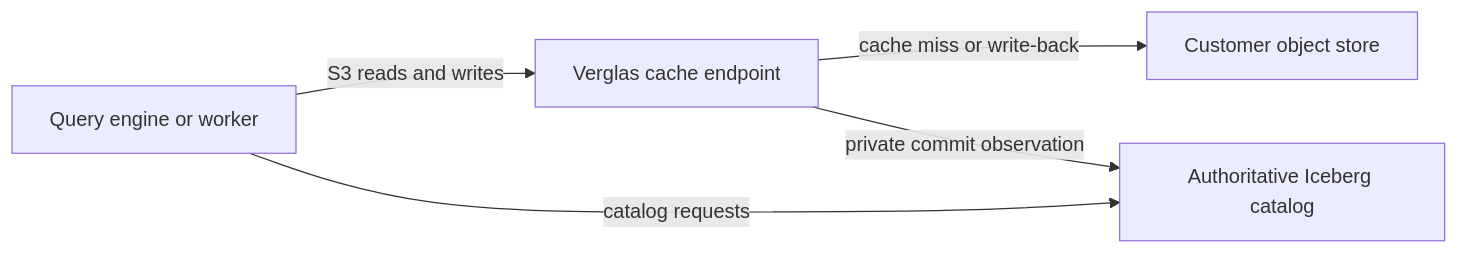
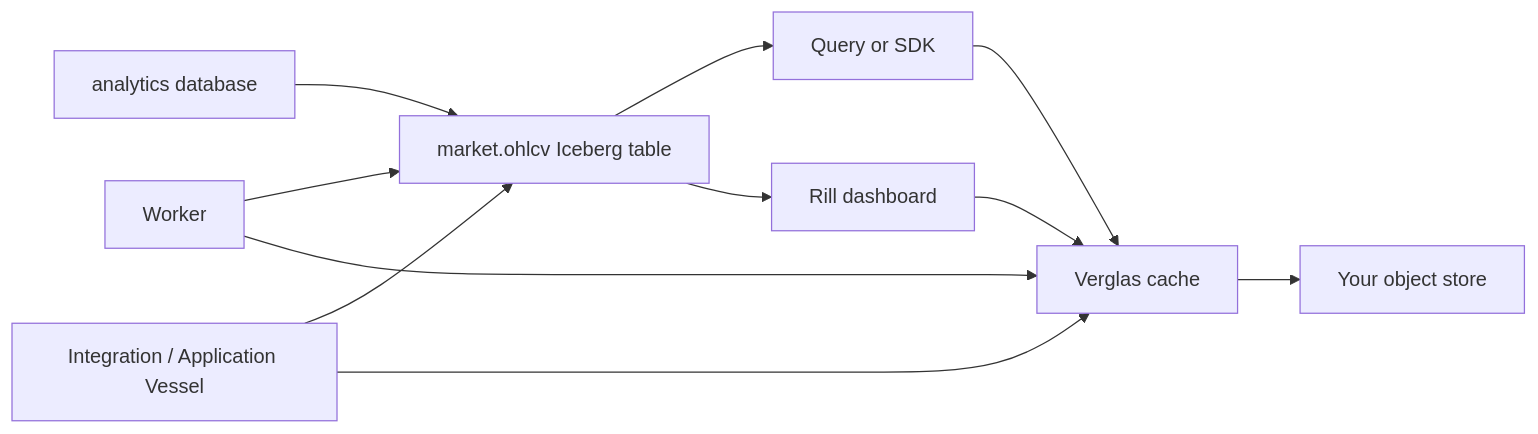
One commit to verglas-org/verglas changed the diagram in docs/index.mdx. Above: the diagram before and after it, drawn with Mermaid. The commit also changed other lines of this file and 4 other files, not shown here.

````diff
--- a/docs/index.mdx
+++ b/docs/index.mdx
@@ -37,7 +27,12 @@
 ```mermaid
 flowchart LR
-    A["Query engine or worker"] -->|"S3 reads and writes"| B["Verglas cache endpoint"]
-    B -->|"cache miss or write-back"| C["Customer object store"]
-    A -->|"catalog requests"| D["Authoritative Iceberg catalog"]
-    B -->|"private commit observation"| D
+  D["analytics database"] --> T["market.ohlcv Iceberg table"]
+  W["Worker"] --> T
+  T --> Q["Query or SDK"]
+  T --> R["Rill dashboard"]
+  V["Integration / Application Vessel"] --> T
+  Q --> C["Verglas cache"] --> O["Your object store"]
+  R --> C
+  V --> C
+  W --> C
 ```
````
